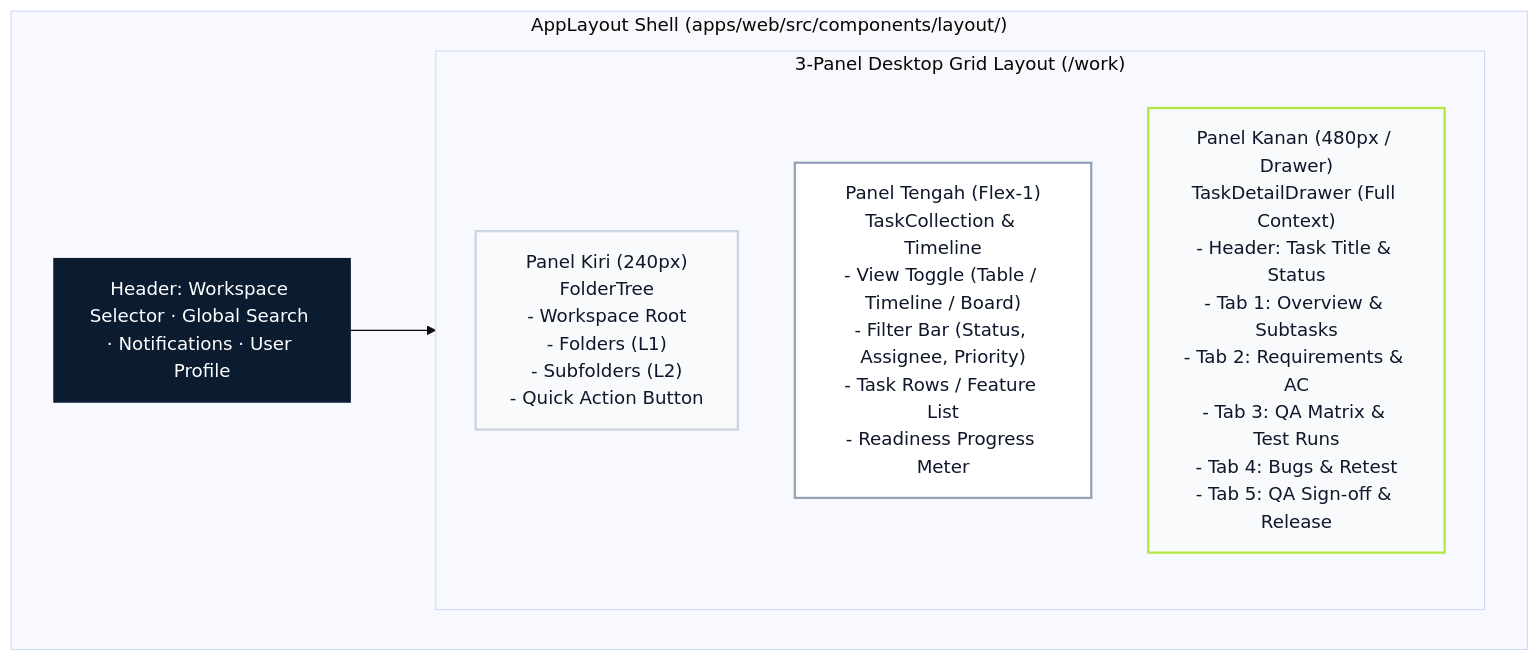
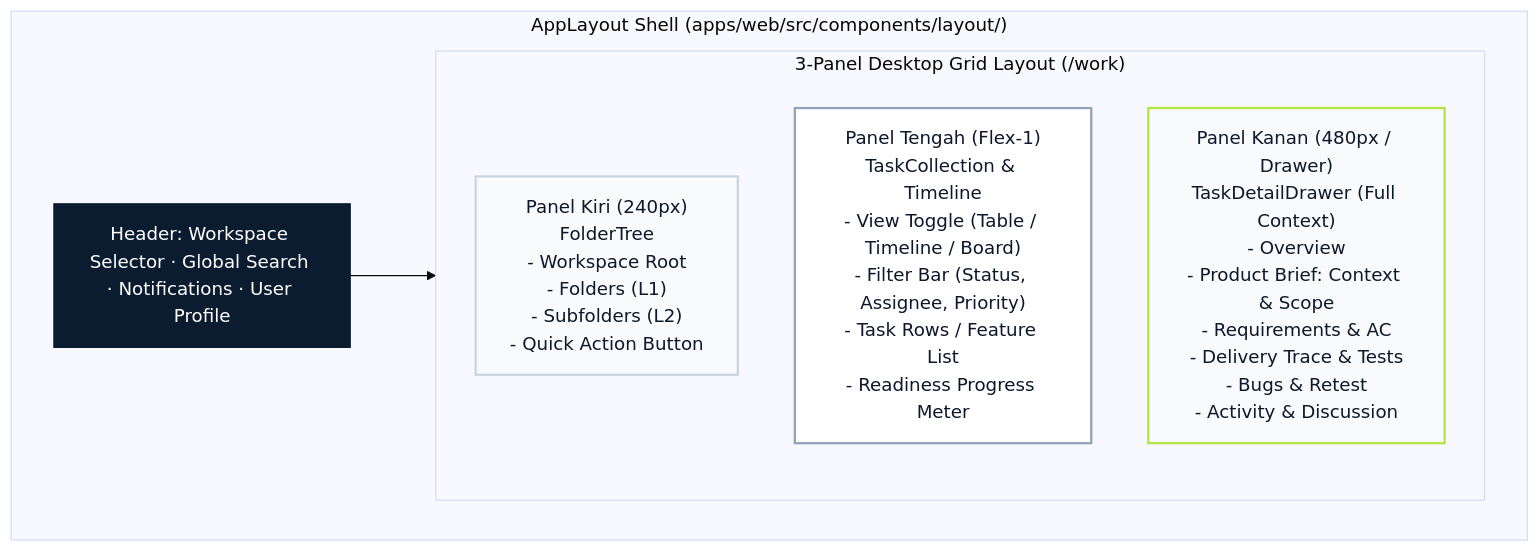
The second of 4 diagrams in docs/3_UI_ATOMIC_DESIGN_SYSTEM.md (oneilreyand/qlickhub), drawn with Mermaid (base theme) before and after one commit. The commit also changed other lines of this file and 93 other files, not shown here.

````diff
--- a/docs/3_UI_ATOMIC_DESIGN_SYSTEM.md
+++ b/docs/3_UI_ATOMIC_DESIGN_SYSTEM.md
@@ -71,24 +71,24 @@
 ```mermaid
 graph TD
     subgraph AppShell["AppLayout Shell (apps/web/src/components/layout/)"]
         HeaderBlock["Header: Workspace Selector · Global Search · Notifications · User Profile"]
 
         subgraph BodyGrid["3-Panel Desktop Grid Layout (/work)"]
             LeftPanel["Panel Kiri (240px)\nFolderTree\n- Workspace Root\n- Folders (L1)\n- Subfolders (L2)\n- Quick Action Button"]
             CenterPanel["Panel Tengah (Flex-1)\nTaskCollection & Timeline\n- View Toggle (Table / Timeline / Board)\n- Filter Bar (Status, Assignee, Priority)\n- Task Rows / Feature List\n- Readiness Progress Meter"]
-            RightPanel["Panel Kanan (480px / Drawer)\nTaskDetailDrawer (Full Context)\n- Header: Task Title & Status\n- Tab 1: Overview & Subtasks\n- Tab 2: Requirements & AC\n- Tab 3: QA Matrix & Test Runs\n- Tab 4: Bugs & Retest\n- Tab 5: QA Sign-off & Release"]
+            RightPanel["Panel Kanan (480px / Drawer)\nTaskDetailDrawer (Full Context)\n- Overview\n- Product Brief: Context & Scope\n- Requirements & AC\n- Delivery Trace & Tests\n- Bugs & Retest\n- Activity & Discussion"]
         end
 
         HeaderBlock --> BodyGrid
     end
 
     classDef shell fill:#0B1C30,stroke:#0B1C30,color:#FFFFFF;
     classDef panelL fill:#F8FAFC,stroke:#CBD5E1,stroke-width:2px,color:#0F172A;
     classDef panelC fill:#FFFFFF,stroke:#94A3B8,stroke-width:2px,color:#0F172A;
     classDef panelR fill:#F8FAFC,stroke:#B1E743,stroke-width:2px,color:#0F172A;
 
     class HeaderBlock shell;
     class LeftPanel panelL;
     class CenterPanel panelC;
     class RightPanel panelR;
 ```
````
